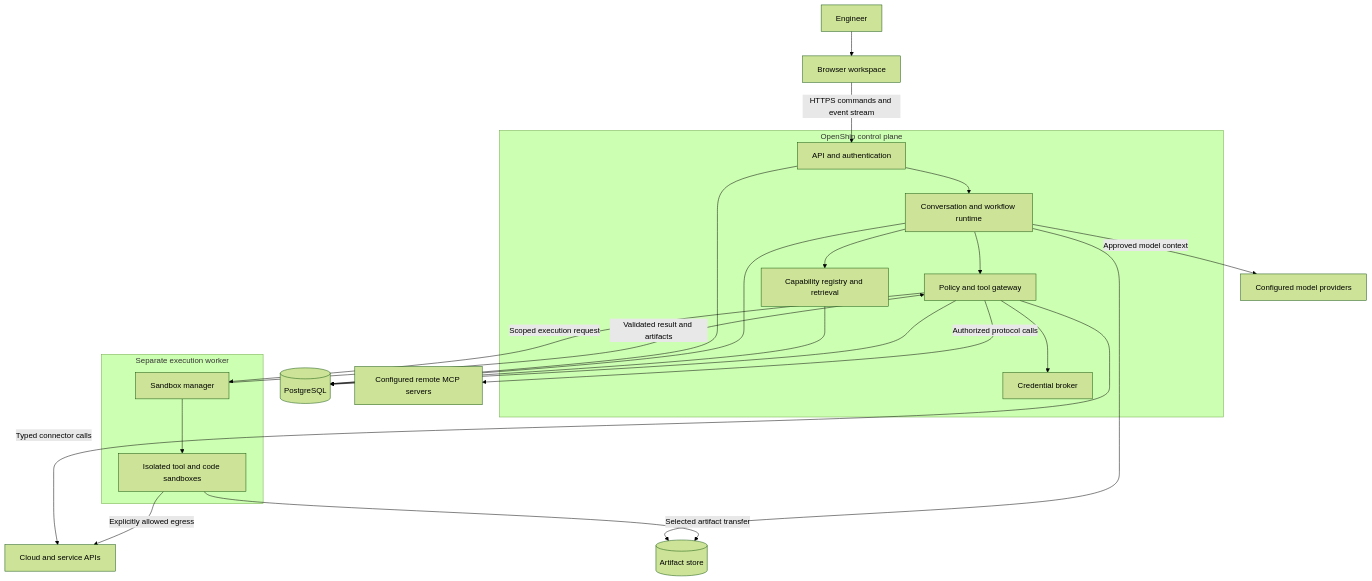
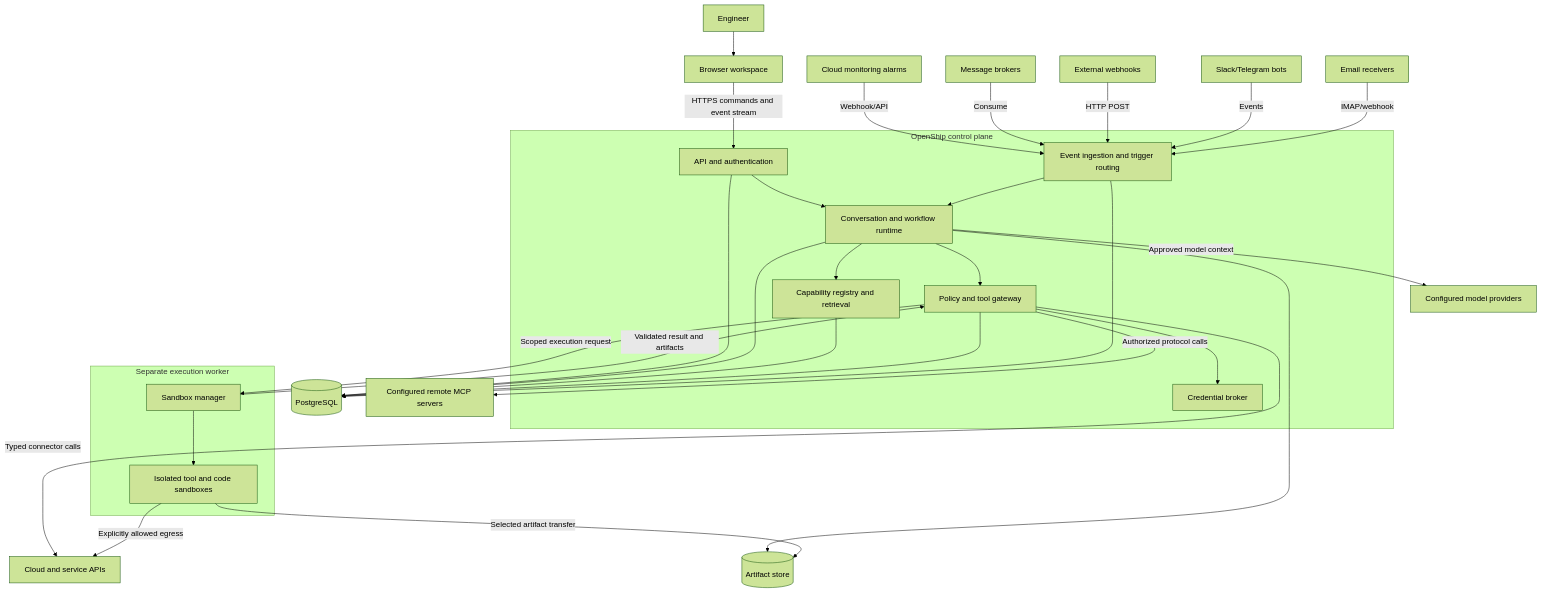
The first of 2 diagrams in docs/architects.md (nhtua/OpenShip), drawn with Mermaid (forest theme) before and after one commit. The commit also changed other lines of this file, not shown here.

Commit message:
docs: add event-driven architecture, workflow standardization flow, JIT permissions, and Kubernetes deployment

````diff
--- a/docs/architects.md
+++ b/docs/architects.md
@@ -50,37 +51,46 @@
 ```mermaid
 flowchart TB
     User[Engineer] --> Web[Browser workspace]
     Web -->|HTTPS commands and event stream| API
 
     subgraph Control[OpenShip control plane]
         API[API and authentication]
         Runtime[Conversation and workflow runtime]
         Registry[Capability registry and retrieval]
         Gateway[Policy and tool gateway]
         Secrets[Credential broker]
+        Events[Event ingestion and trigger routing]
         API --> Runtime
         Runtime --> Registry
         Runtime --> Gateway
         Gateway --> Secrets
+        Events --> Runtime
     end
 
     Runtime -->|Approved model context| Models[Configured model providers]
     API --> DB[(PostgreSQL)]
     Runtime --> DB
     Registry --> DB
     Gateway --> DB
+    Events --> DB
     Runtime --> Artifacts[(Artifact store)]
 
     subgraph Execution[Separate execution worker]
         Manager[Sandbox manager]
         Sandbox[Isolated tool and code sandboxes]
         Manager --> Sandbox
     end
 
     Gateway -->|Scoped execution request| Manager
     Manager -->|Validated result and artifacts| Gateway
     Gateway -->|Typed connector calls| Platforms[Cloud and service APIs]
     Gateway -->|Authorized protocol calls| MCP[Configured remote MCP servers]
     Sandbox -->|Explicitly allowed egress| Platforms
     Sandbox -->|Selected artifact transfer| Artifacts
+
+    Alerts[Cloud monitoring alarms] -->|Webhook/API| Events
+    Brokers[Message brokers] -->|Consume| Events
+    Webhooks[External webhooks] -->|HTTP POST| Events
+    ChatBots[Slack/Telegram bots] -->|Events| Events
+    Email[Email receivers] -->|IMAP/webhook| Events
 ```
````
